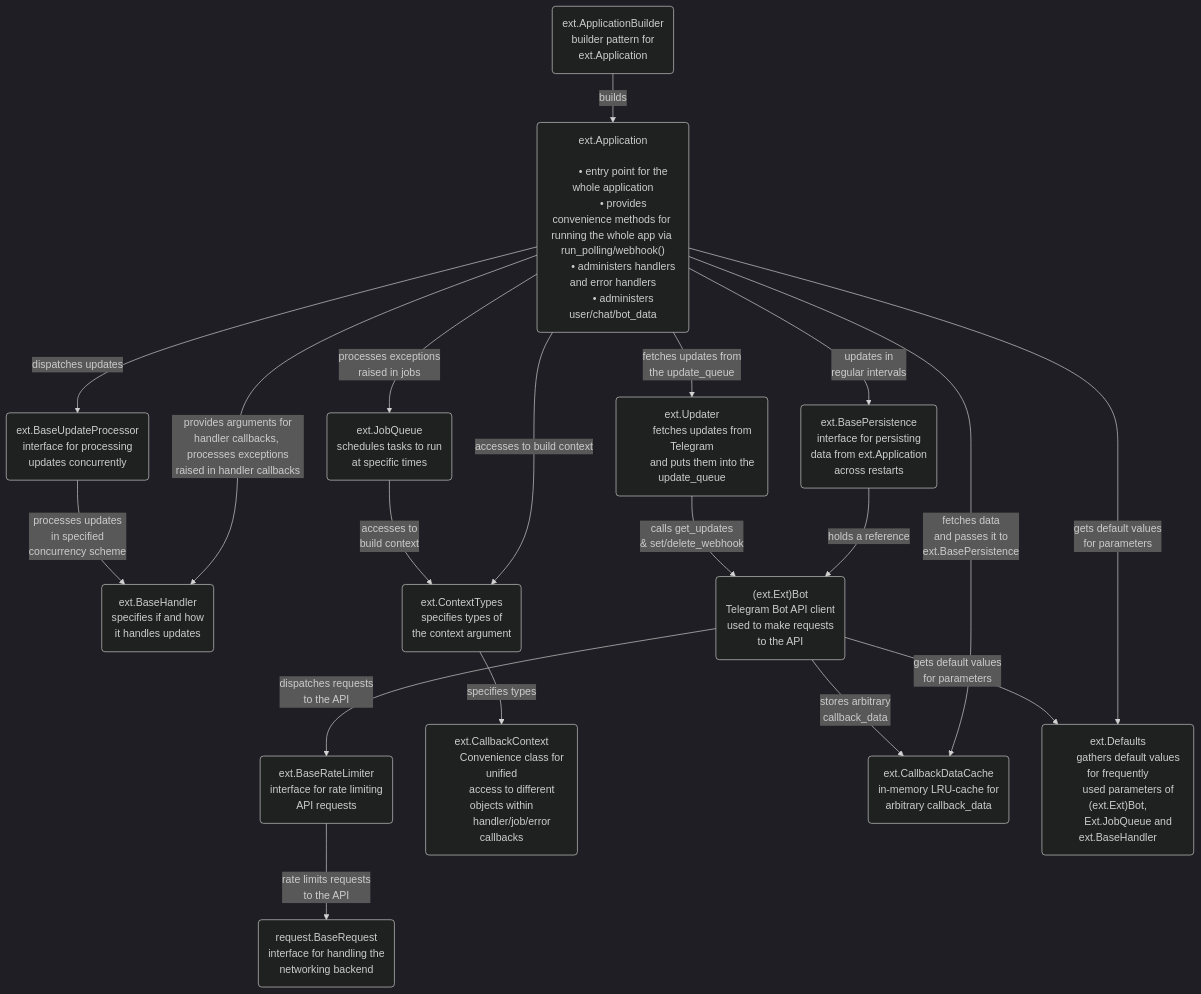
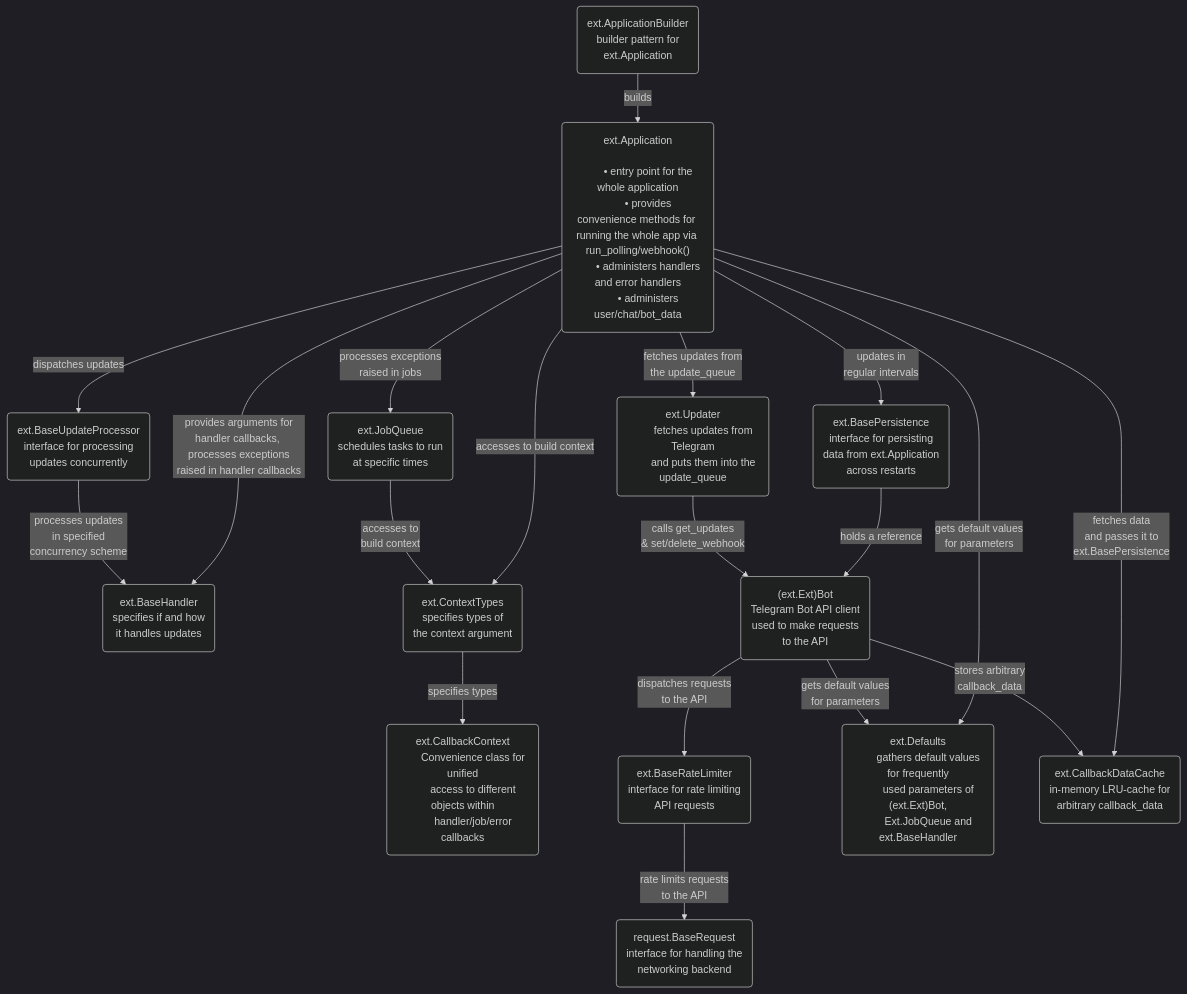
The diagram in Architecture.md (RakhithJK/python-telegram-bot-python-telegram-bot-wiki), drawn with Mermaid (dark theme) before and after one commit.

Commit message:
Changes in the mermaid graph: moved baseRateLimiter to the right

````diff
--- a/Architecture.md
+++ b/Architecture.md
@@ -24,11 +24,7 @@
         specifies if and how
         it handles updates
     ");
-    BaseRateLimiter("
-        ext.BaseRateLimiter
-        interface for rate limiting
-        API requests
-    ");
+
     BaseRequest("
         request.BaseRequest
         interface for handling the
@@ -57,6 +53,17 @@
         access to different objects within
         handler/job/error callbacks
     ");
+        BaseRateLimiter("
+        ext.BaseRateLimiter
+        interface for rate limiting
+        API requests
+    ");
+        Defaults("
+        ext.Defaults
+        gathers default values for frequently
+        used parameters of (ext.Ext)Bot,
+        Ext.JobQueue and ext.BaseHandler
+    ");
     CallbackDataCache("
         ext.CallbackDataCache
         in-memory LRU-cache for
@@ -67,12 +74,7 @@
         specifies types of
         the context argument
     ");
-    Defaults("
-        ext.Defaults
-        gathers default values for frequently
-        used parameters of (ext.Ext)Bot,
-        Ext.JobQueue and ext.BaseHandler
-    ");
+
     JobQueue("
         ext.JobQueue
         schedules tasks to run
@@ -98,9 +100,9 @@
     BasePersistence -- holds a reference --> Bot;
     BaseRateLimiter -- rate limits requests<br>to the API --> BaseRequest;
     Bot -- dispatches requests<br>to the API --> BaseRateLimiter;
+        Bot -- stores arbitrary<br>callback_data --> CallbackDataCache;
     Bot -- gets default values<br>for parameters --> Defaults;
-    Bot -- stores arbitrary<br>callback_data --> CallbackDataCache;
     JobQueue -- accesses to<br>build context --> ContextTypes;
     Updater -- calls get_updates<br>& set/delete_webhook --> Bot;
-    
+   
 ```
````
